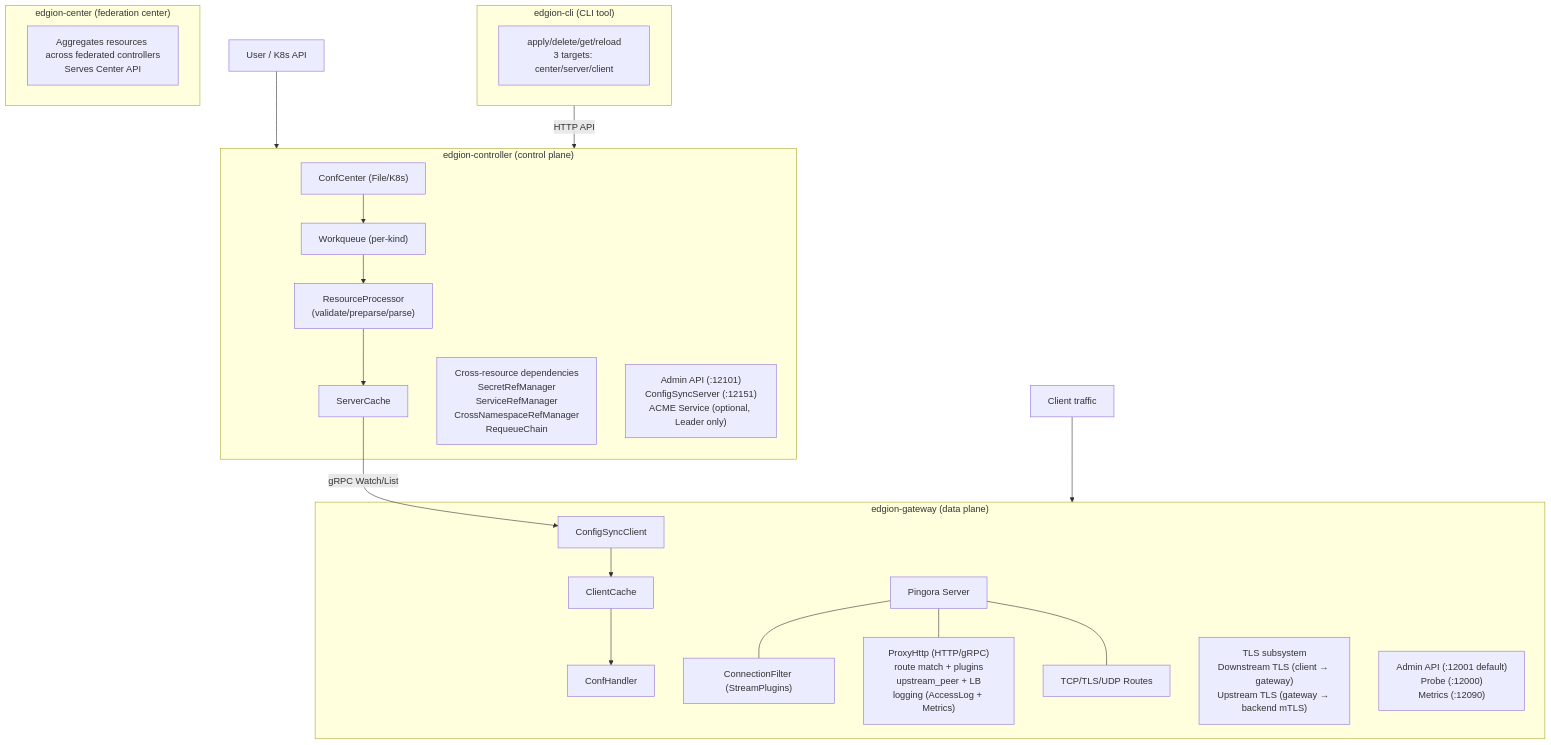
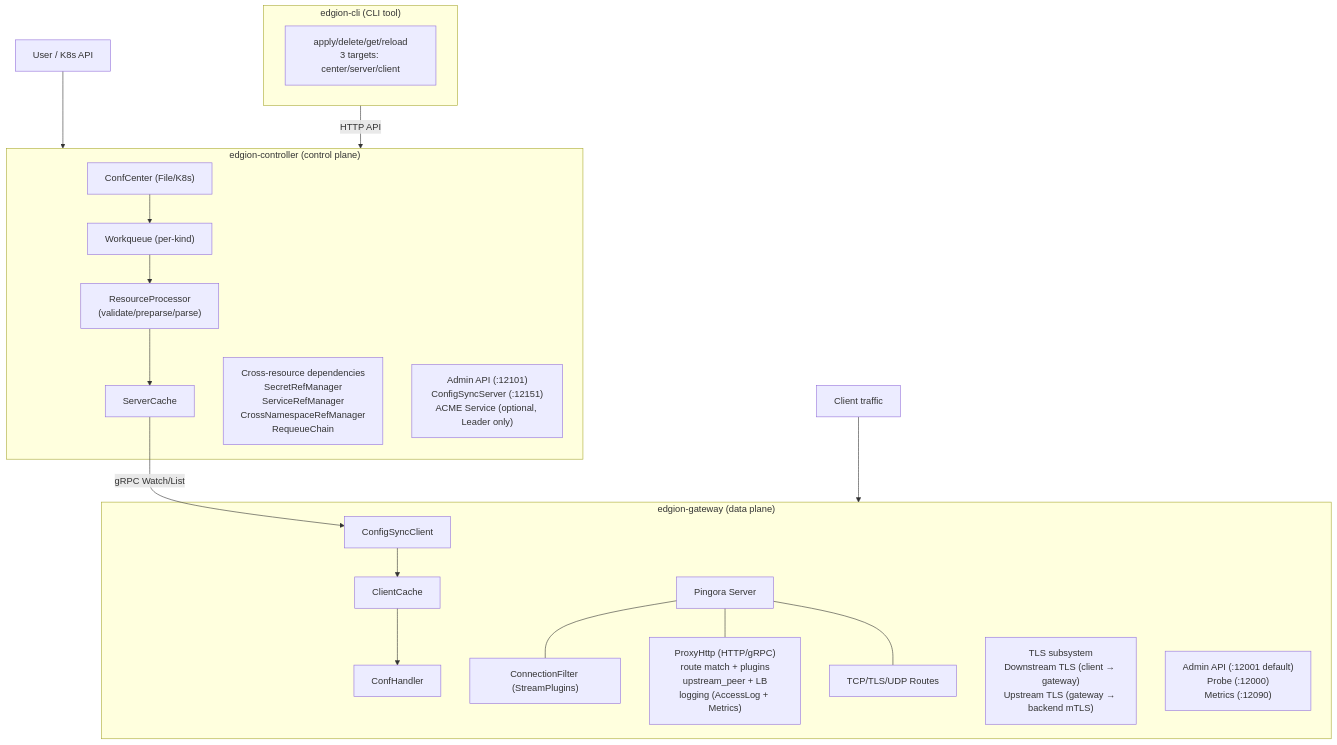
One commit to Pandaala/Edgion changed the diagram in skills/01-architecture/SKILL.md. Above: the diagram before and after it, drawn with Mermaid. The commit also changed other lines of this file and 91 other files, not shown here.

````diff
--- a/skills/01-architecture/SKILL.md
+++ b/skills/01-architecture/SKILL.md
@@ -14,38 +14,34 @@
 ```mermaid
 flowchart TD
     User["User / K8s API"] --> Controller
     Traffic["Client traffic"] --> Gateway
 
     subgraph Controller["edgion-controller (control plane)"]
         CC["ConfCenter (File/K8s)"] --> WQ["Workqueue (per-kind)"]
         WQ --> RP["ResourceProcessor\n(validate/preparse/parse)"]
         RP --> SC["ServerCache"]
         CrossRef["Cross-resource dependencies\nSecretRefManager\nServiceRefManager\nCrossNamespaceRefManager\nRequeueChain"]
         CtrlServices["Admin API (:12101)\nConfigSyncServer (:12151)\nACME Service (optional, Leader only)"]
     end
 
     SC -- "gRPC Watch/List" --> SyncClient
 
     subgraph Gateway["edgion-gateway (data plane)"]
         SyncClient["ConfigSyncClient"] --> ClientCache["ClientCache"] --> ConfHandler["ConfHandler"]
         PingoraServer["Pingora Server"]
         ConnFilter["ConnectionFilter (StreamPlugins)"]
         ProxyHttp["ProxyHttp (HTTP/gRPC)\nroute match + plugins\nupstream_peer + LB\nlogging (AccessLog + Metrics)"]
         StreamRoutes["TCP/TLS/UDP Routes"]
         PingoraServer --- ConnFilter
         PingoraServer --- ProxyHttp
         PingoraServer --- StreamRoutes
         TLS["TLS subsystem\nDownstream TLS (client → gateway)\nUpstream TLS (gateway → backend mTLS)"]
         GwServices["Admin API (:12001 default)\nProbe (:12000)\nMetrics (:12090)"]
     end
 
     subgraph CLI["edgion-cli (CLI tool)"]
         CliOps["apply/delete/get/reload\n3 targets: center/server/client"]
     end
 
-    subgraph Center["edgion-center (federation center)"]
-        CenterNode["Aggregates resources across federated controllers\nServes Center API"]
-    end
-
     CLI -- "HTTP API" --> Controller
 ```
````
